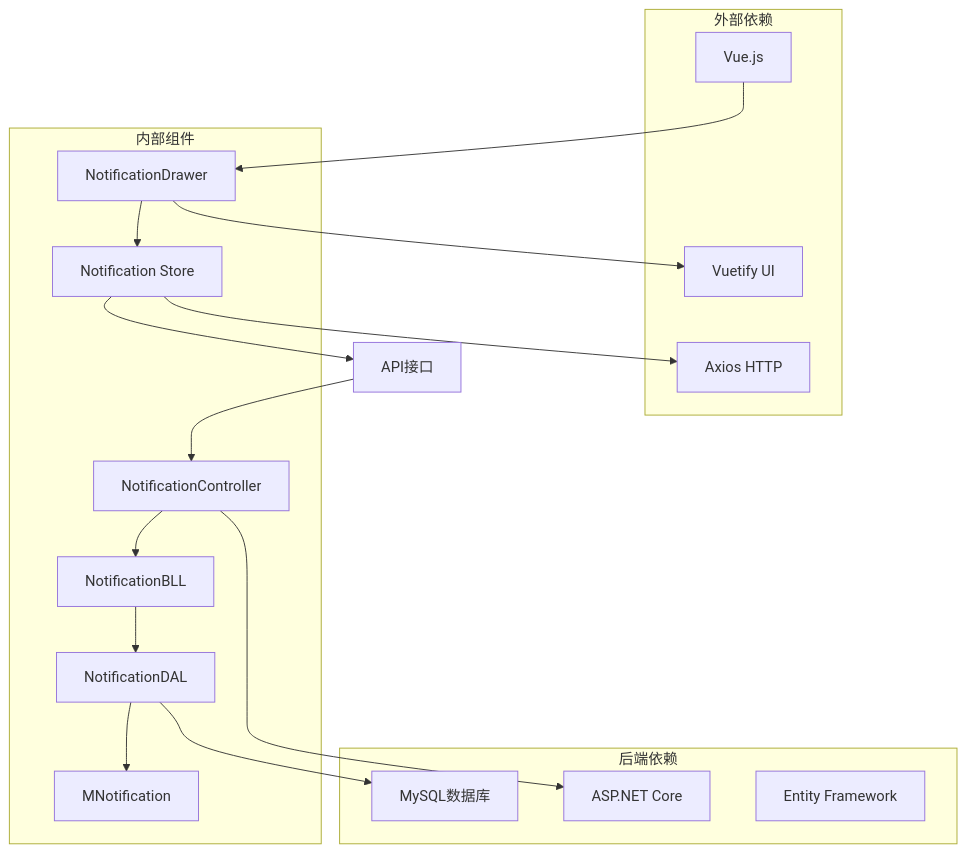
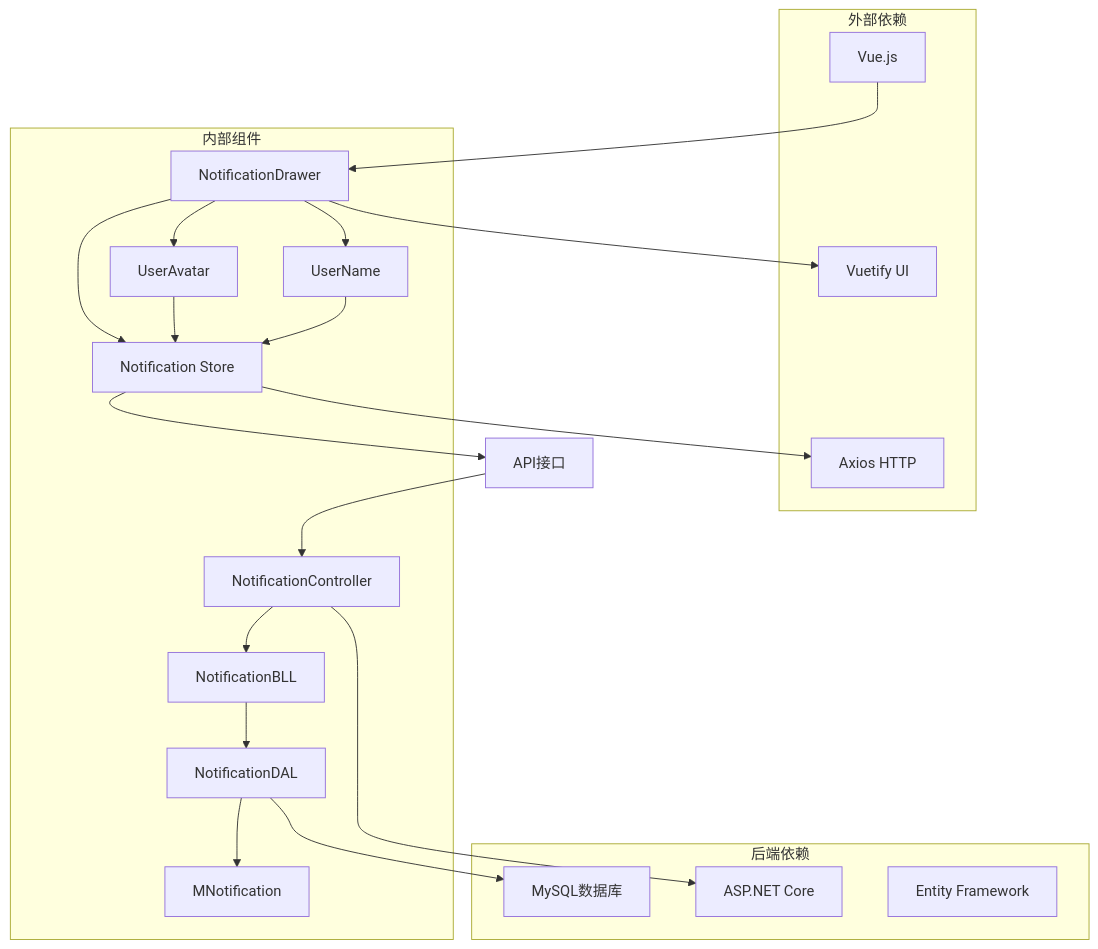
One commit to TinyMaD/SpeedRunnersLab changed the third of 3 diagrams in .qoder/repowiki/zh/content/Notification System.md. Above: the diagram before and after it, drawn with Mermaid. The commit also changed other lines of this file and 9 other files, not shown here.

````diff
--- a/.qoder/repowiki/zh/content/Notification System.md
+++ b/.qoder/repowiki/zh/content/Notification System.md
@@ -253,32 +331,38 @@
 ```mermaid
 graph TD
 subgraph "外部依赖"
 Vue[Vue.js]
 Vuetify[Vuetify UI]
 Axios[Axios HTTP]
 end
 subgraph "后端依赖"
 MySQL[MySQL数据库]
 ASP.NET[ASP.NET Core]
 EntityFramework[Entity Framework]
 end
 subgraph "内部组件"
 Controller[NotificationController]
 BLL[NotificationBLL]
 DAL[NotificationDAL]
 Model[MNotification]
 Drawer[NotificationDrawer]
+UserAvatar[UserAvatar]
+UserName[UserName]
 Store[Notification Store]
 end
 Vue --> Drawer
 Drawer --> Store
+Drawer --> UserAvatar
+Drawer --> UserName
+UserAvatar --> Store
+UserName --> Store
 Store --> API[API接口]
 API --> Controller
 Controller --> BLL
 BLL --> DAL
 DAL --> Model
 DAL --> MySQL
 Controller --> ASP.NET
 Drawer --> Vuetify
 Store --> Axios
 ```
````
